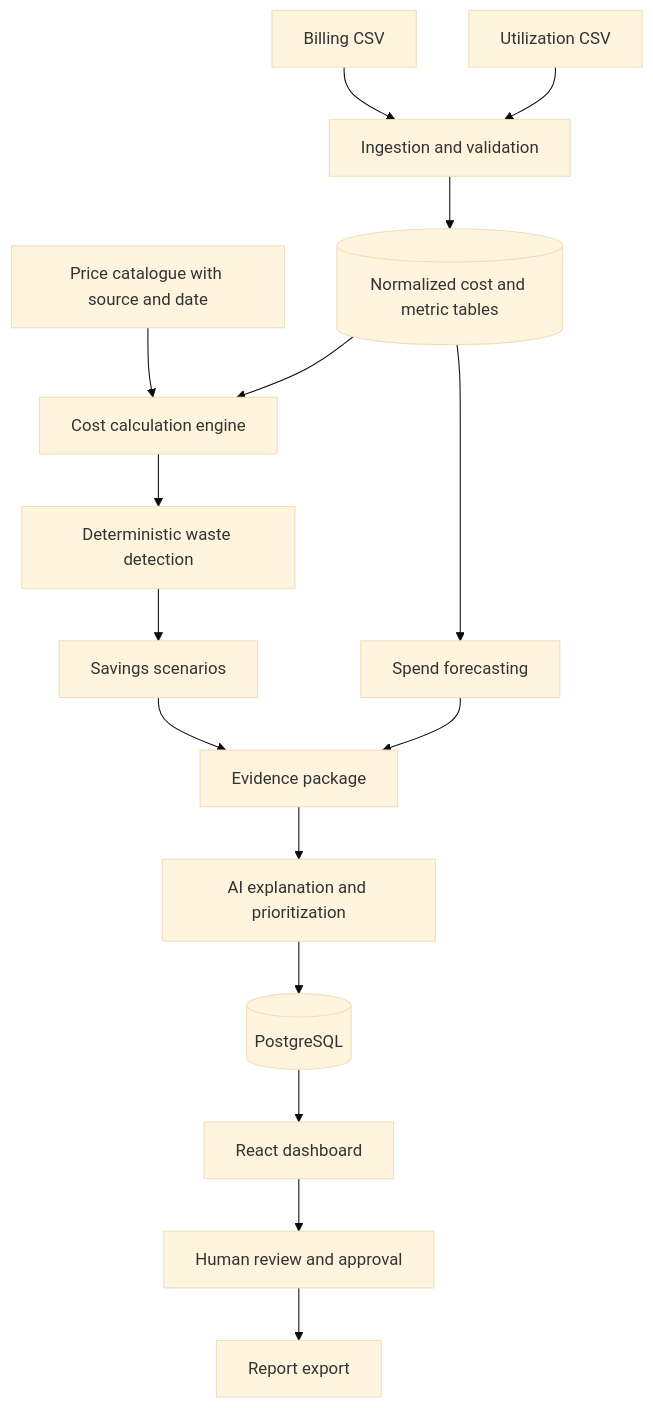
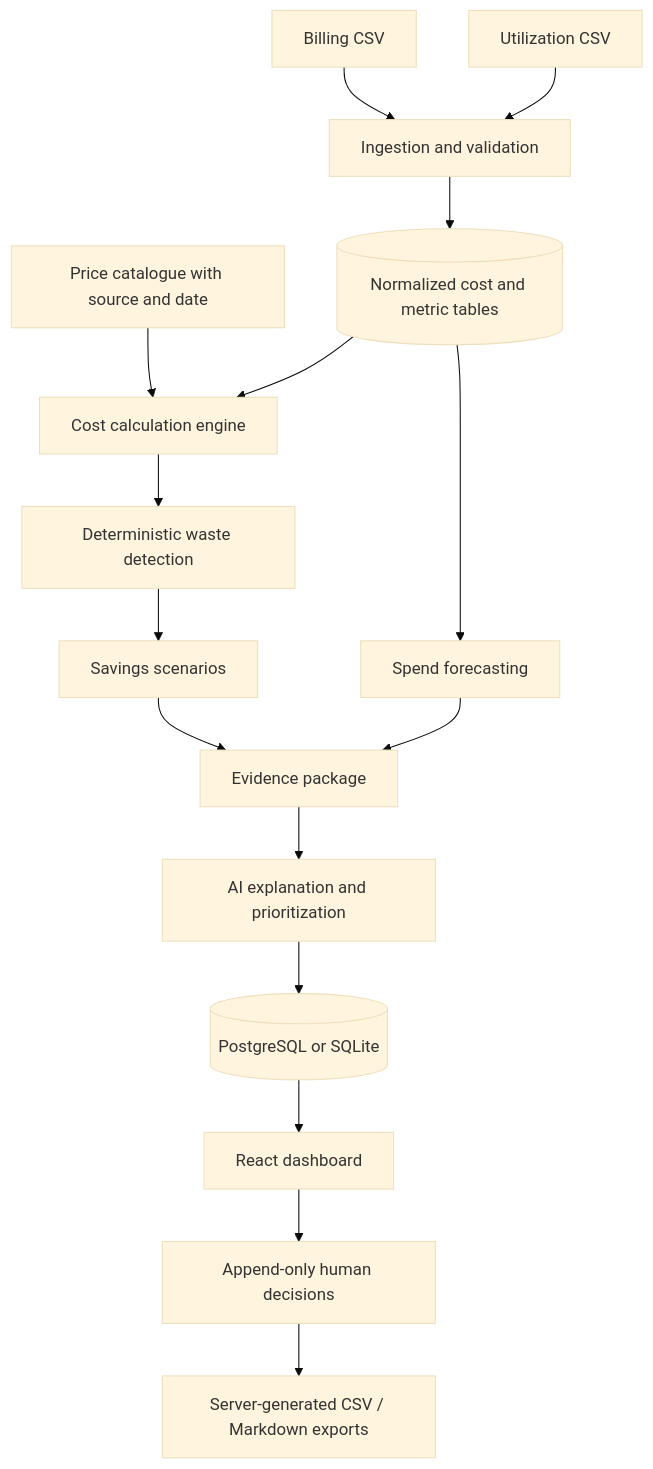
One commit to bharath609/CloudPilot.ai changed the first of 4 diagrams in docs/ARCHITECTURE.md. Above: the diagram before and after it, drawn with Mermaid (base theme). The commit also changed other lines of this file and 64 other files, not shown here.

First line of the commit message:
feat: add dashboard, review decisions and exports (M6)

````diff
--- a/docs/ARCHITECTURE.md
+++ b/docs/ARCHITECTURE.md
@@ -16,18 +16,18 @@
 ```mermaid
 flowchart TD
   A[Billing CSV] --> B[Ingestion and validation]
   C[Utilization CSV] --> B
   D[Price catalogue with source and date] --> E[Cost calculation engine]
   B --> F[(Normalized cost and metric tables)]
   F --> E
   E --> G[Deterministic waste detection]
   G --> H[Savings scenarios]
   F --> I[Spend forecasting]
   H --> J[Evidence package]
   I --> J
   J --> K[AI explanation and prioritization]
-  K --> L[(PostgreSQL)]
+  K --> L[(PostgreSQL or SQLite)]
   L --> M[React dashboard]
-  M --> N[Human review and approval]
-  N --> O[Report export]
+  M --> N[Append-only human decisions]
+  N --> O[Server-generated CSV / Markdown exports]
 ```
````
